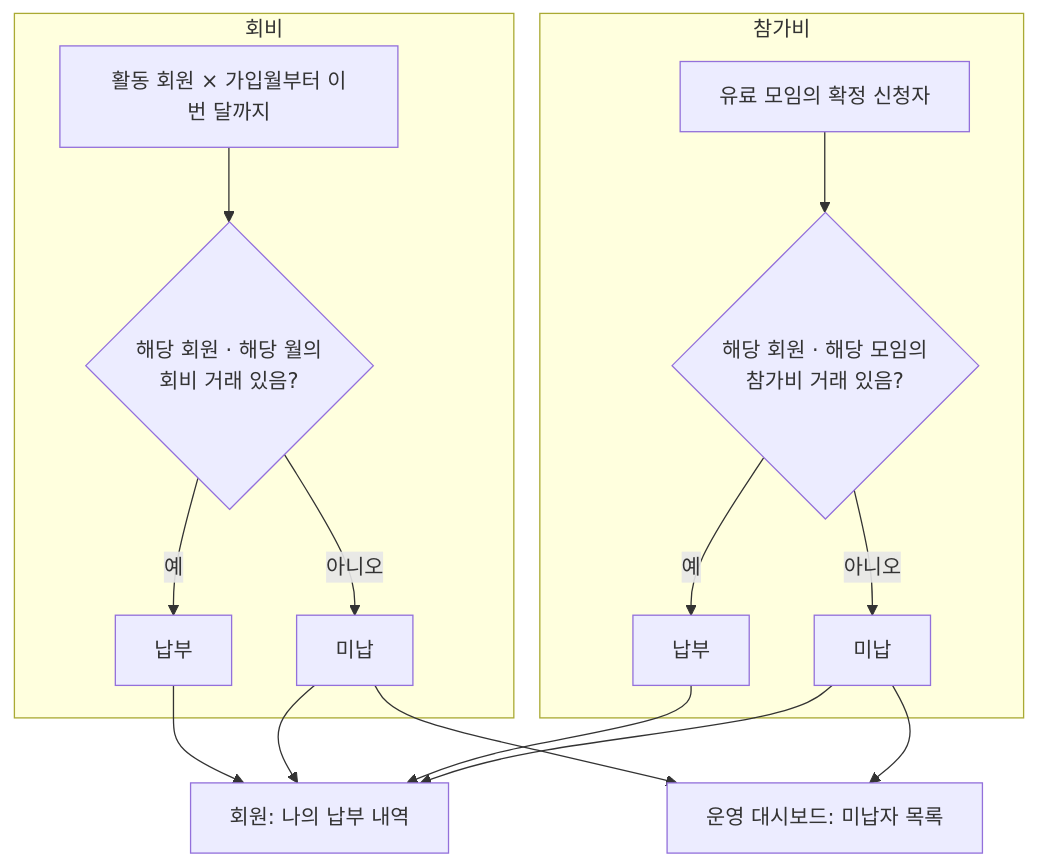
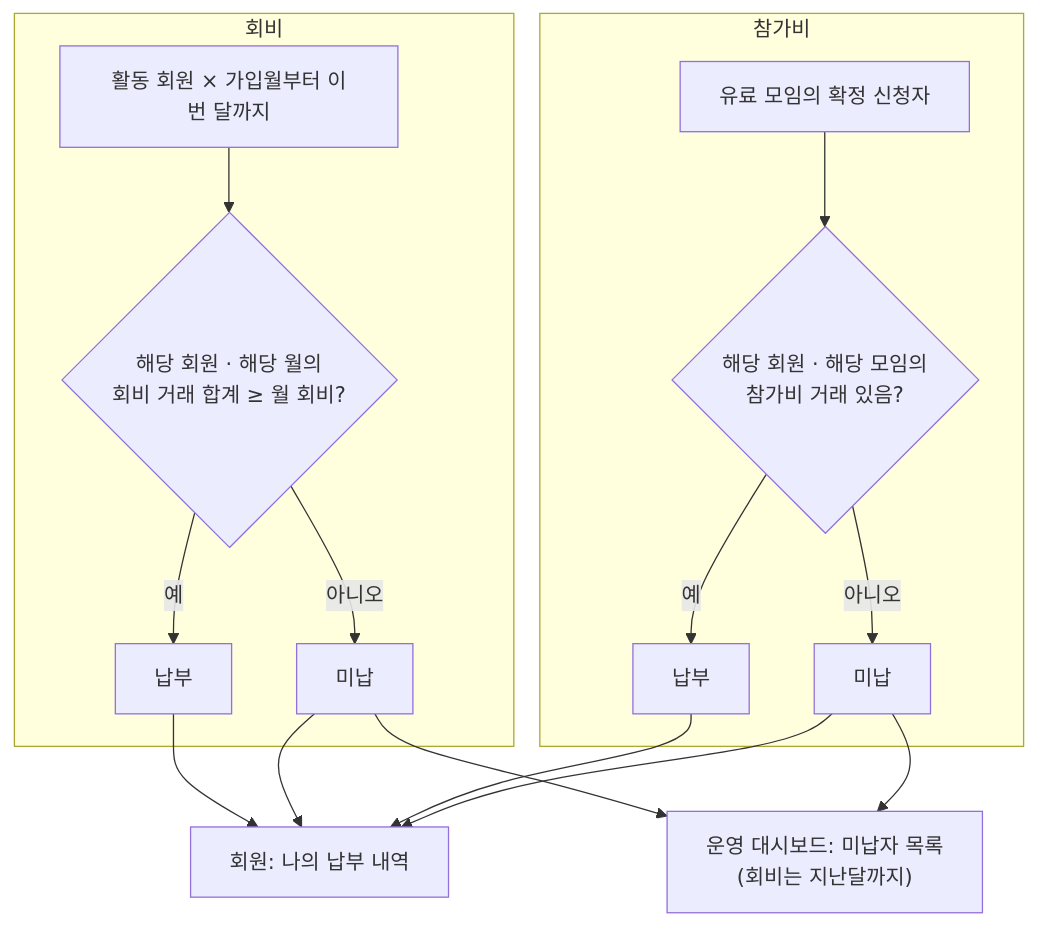
The eighth of 11 diagrams in 동작 흐름.md (keepmind7/AI_Club_Web), drawn with Mermaid before and after one commit. The commit also changed other lines of this file and 9 other files, not shown here.

````diff
--- a/동작 흐름.md
+++ b/동작 흐름.md
@@ -139,19 +139,19 @@
 ```mermaid
 flowchart TD
     subgraph 회비
-        A["활동 회원 × 가입월부터 이번 달까지"] --> B{"해당 회원 · 해당 월의<br/>회비 거래 있음?"}
+        A["활동 회원 × 가입월부터 이번 달까지"] --> B{"해당 회원 · 해당 월의<br/>회비 거래 합계 ≥ 월 회비?"}
         B -- 예 --> C["납부"]
         B -- 아니오 --> D["미납"]
     end
     subgraph 참가비
         E["유료 모임의 확정 신청자"] --> F{"해당 회원 · 해당 모임의<br/>참가비 거래 있음?"}
         F -- 예 --> G["납부"]
         F -- 아니오 --> H["미납"]
     end
-    D --> I["운영 대시보드: 미납자 목록"]
+    D --> I["운영 대시보드: 미납자 목록<br/>(회비는 지난달까지)"]
     H --> I
     C --> J["회원: 나의 납부 내역"]
     D --> J
     G --> J
     H --> J
 ```
````
